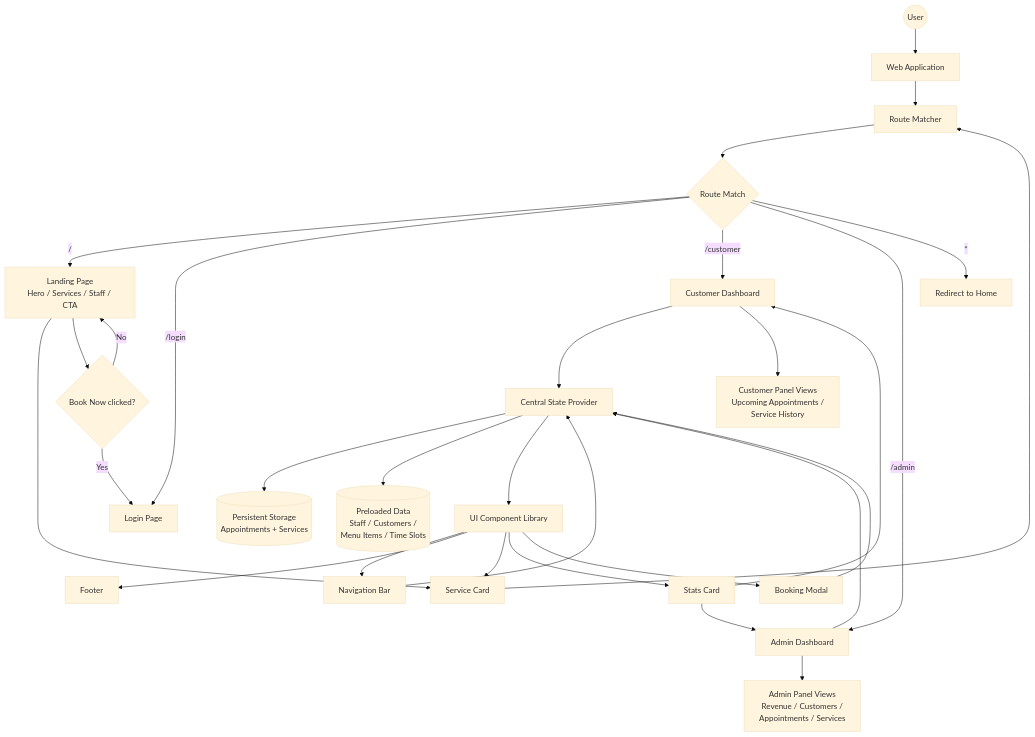
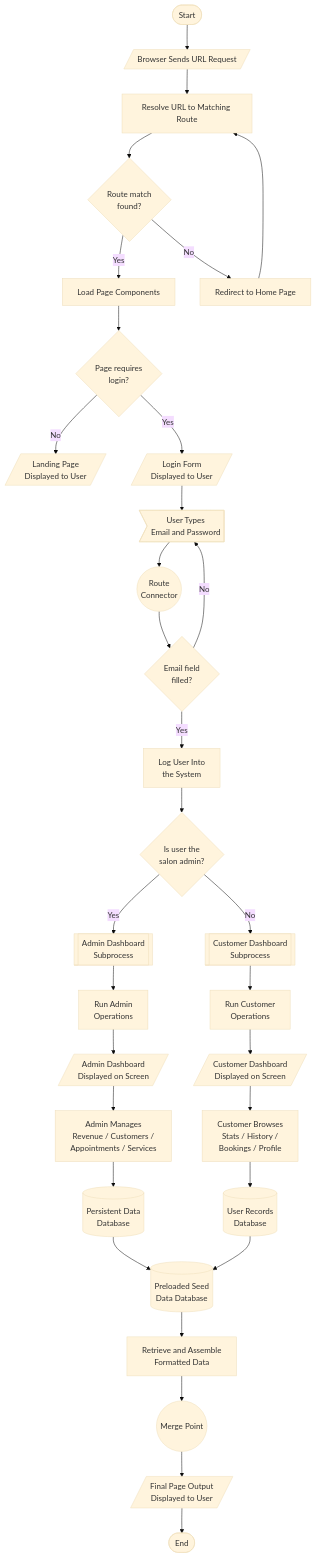
The first of 2 diagrams in README.md (pandadoor/crm), drawn with Mermaid (base theme) before and after one commit. The commit also changed other lines of this file, not shown here.

Commit message:
Fix flowcharts strictly per instruction.txt rules: add missing decisions, fix service recording loop exit, use proper Process/System symbol sets

````diff
--- a/README.md
+++ b/README.md
@@ -52,34 +52,34 @@
 ```mermaid
 graph TD
-    ENTRY(("User")) --> APP["Web Application"]
-    APP --> ROUTER["Route Matcher"]
-    ROUTER --> RESOLVE{"Route Match"}
-    RESOLVE -->|"/"| LANDING["Landing Page<br/>Hero / Services / Staff / CTA"]
-    RESOLVE -->|"/login"| LOGIN["Login Page"]
-    RESOLVE -->|"/customer"| CUSTOMER["Customer Dashboard"]
-    RESOLVE -->|"/admin"| ADMIN["Admin Dashboard"]
-    RESOLVE -->|"*"| CATCHALL["Redirect to Home"]
-
-    CUSTOMER --> CTX["Central State Provider"]
-    ADMIN --> CTX
-    CTX --> STORE[(Persistent Storage<br/>Appointments + Services)]
-    CTX --> SEED[(Preloaded Data<br/>Staff / Customers /<br/>Menu Items / Time Slots)]
-    CTX --> UI["UI Component Library"]
-    UI --> NAV["Navigation Bar"]
-    UI --> FOOT["Footer"]
-    UI --> SCARD["Service Card"]
-    UI --> STATS["Stats Card"]
-    UI --> MODAL["Booking Modal"]
-    NAV --> CTX
-    SCARD --> ROUTER
-    STATS --> CUSTOMER
-    STATS --> ADMIN
-    MODAL --> CTX
-
-    LANDING --> SCARD
-    ADMIN --> COMP["Admin Panel Views<br/>Revenue / Customers /<br/>Appointments / Services"]
-    CUSTOMER --> COMP2["Customer Panel Views<br/>Upcoming Appointments /<br/>Service History"]
-    LANDING --> LINK{"Book Now clicked?"}
-    LINK -->|Yes| LOGIN
-    LINK -->|No| LANDING
+    SYS_START([Start]) --> REQ_IN[/Browser Sends URL Request/]
+    REQ_IN --> RESOLVE[Resolve URL to Matching Route]
+    RESOLVE --> FOUND{Route match<br/>found?}
+    FOUND -->|Yes| LOAD[Load Page Components]
+    FOUND -->|No| HOME_REDIR[Redirect to Home Page]
+    HOME_REDIR --> RESOLVE
+    LOAD --> CHECK_AUTH{Page requires<br/>login?}
+    CHECK_AUTH -->|No| PUBLIC[/Landing Page<br/>Displayed to User/]
+    CHECK_AUTH -->|Yes| LOGIN[/Login Form<br/>Displayed to User/]
+    LOGIN --> USER_TYPES>User Types<br/>Email and Password]
+    USER_TYPES --> INSPECT_LOGIN((Route<br/>Connector))
+    INSPECT_LOGIN --> FILLED{Email field<br/>filled?}
+    FILLED -->|No| USER_TYPES
+    FILLED -->|Yes| LOG_USER_IN[Log User Into<br/>the System]
+    LOG_USER_IN --> ADMIN_YES{Is user the<br/>salon admin?}
+    ADMIN_YES -->|Yes| ADMIN_DASH[[Admin Dashboard<br/>Subprocess]]
+    ADMIN_YES -->|No| CUSTOMER_DASH[[Customer Dashboard<br/>Subprocess]]
+    ADMIN_DASH --> ADMIN_TOOLS[Run Admin<br/>Operations]
+    CUSTOMER_DASH --> CUSTOMER_TOOLS[Run Customer<br/>Operations]
+    ADMIN_TOOLS --> ADMIN_VIEW[/Admin Dashboard<br/>Displayed on Screen/]
+    CUSTOMER_TOOLS --> CUSTOMER_VIEW[/Customer Dashboard<br/>Displayed on Screen/]
+    ADMIN_VIEW --> MANAGE_ADM[Admin Manages<br/>Revenue / Customers /<br/>Appointments / Services]
+    CUSTOMER_VIEW --> MANAGE_CUST[Customer Browses<br/>Stats / History /<br/>Bookings / Profile]
+    MANAGE_ADM --> STORE_ADM[(Persistent Data<br/>Database)]
+    MANAGE_CUST --> STORE_CUST[(User Records<br/>Database)]
+    STORE_ADM --> SEED_IN[(Preloaded Seed<br/>Data Database)]
+    STORE_CUST --> SEED_IN
+    SEED_IN --> RETRIEVE[Retrieve and Assemble<br/>Formatted Data]
+    RETRIEVE --> MERGE(("Merge Point"))
+    MERGE --> FINAL[/Final Page Output<br/>Displayed to User/]
+    FINAL --> SYS_END([End])
 ```
````
